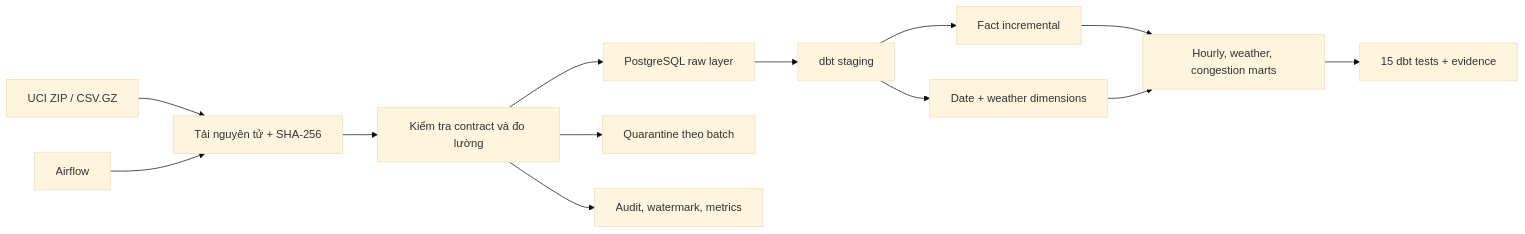
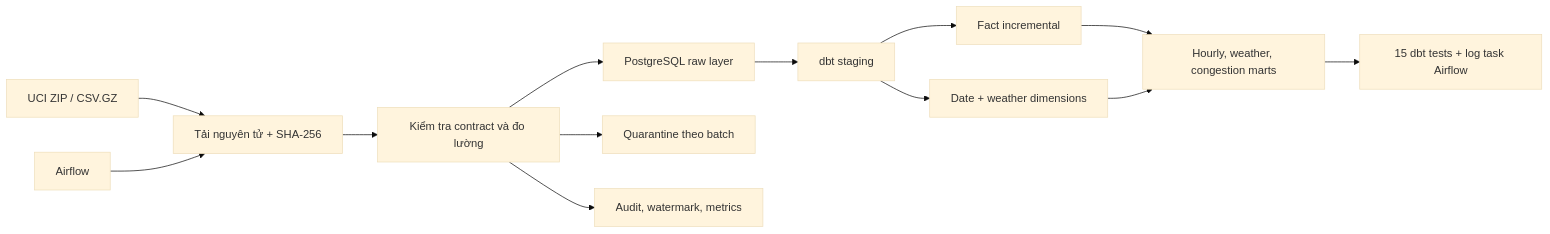
Before and after one commit to npgb2505/traffic-data-warehouse-local: the diagram in README.vi.md, drawn with Mermaid (base theme). The commit also changed other lines of this file and 4 other files, not shown here.

Commit message:
docs: add real Airflow and dbt execution screenshots

````diff
--- a/README.vi.md
+++ b/README.vi.md
@@ -23,15 +23,15 @@
 ```mermaid
 flowchart LR
     A["UCI ZIP / CSV.GZ"] --> B["Tải nguyên tử + SHA-256"]
     B --> C["Kiểm tra contract và đo lường"]
     C --> R["PostgreSQL raw layer"]
     C --> Q["Quarantine theo batch"]
     R --> S["dbt staging"]
     S --> F["Fact incremental"]
     S --> D["Date + weather dimensions"]
     F --> M["Hourly, weather, congestion marts"]
     D --> M
-    M --> T["15 dbt tests + evidence"]
+    M --> T["15 dbt tests + log task Airflow"]
     C --> O["Audit, watermark, metrics"]
     AF["Airflow"] --> B
 ```
````
